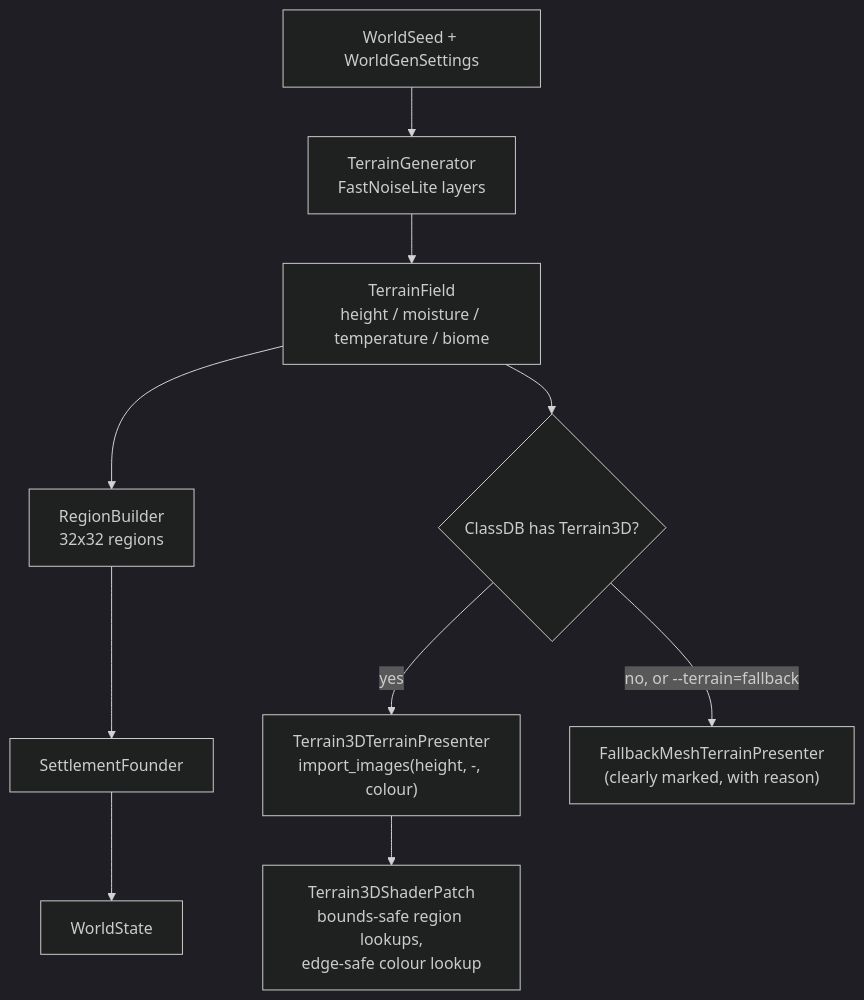
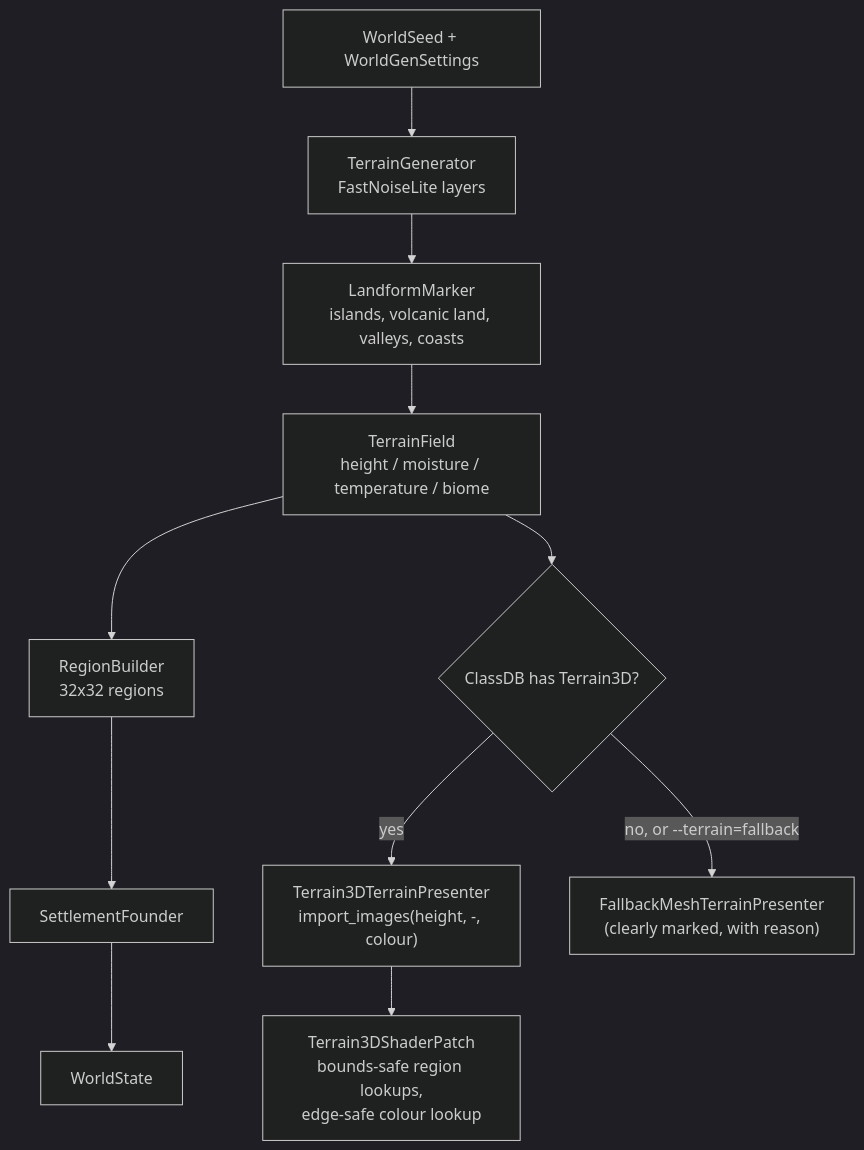
Diagram 32 of 32 in docs/ARCHITECTURE.md (roeyazroel/pantheon), drawn with Mermaid (dark theme) before and after one commit. The commit also changed other lines of this file and 62 other files, not shown here.

````diff
--- a/docs/ARCHITECTURE.md
+++ b/docs/ARCHITECTURE.md
@@ -2071,12 +2079,13 @@
 ```mermaid
 flowchart TD
     Seed["WorldSeed + WorldGenSettings"] --> TG["TerrainGenerator<br/>FastNoiseLite layers"]
-    TG --> TF["TerrainField<br/>height / moisture / temperature / biome"]
+    TG --> LM["LandformMarker<br/>islands, volcanic land, valleys, coasts"]
+    LM --> TF["TerrainField<br/>height / moisture / temperature / biome"]
     TF --> RB["RegionBuilder<br/>32x32 regions"]
     RB --> SF["SettlementFounder"]
     SF --> WS["WorldState"]
     TF --> TPF{"ClassDB has Terrain3D?"}
     TPF -- yes --> T3["Terrain3DTerrainPresenter<br/>import_images(height, -, colour)"]
     T3 --> SP["Terrain3DShaderPatch<br/>bounds-safe region lookups,<br/>edge-safe colour lookup"]
     TPF -- "no, or --terrain=fallback" --> FB["FallbackMeshTerrainPresenter<br/>(clearly marked, with reason)"]
 ```
````
